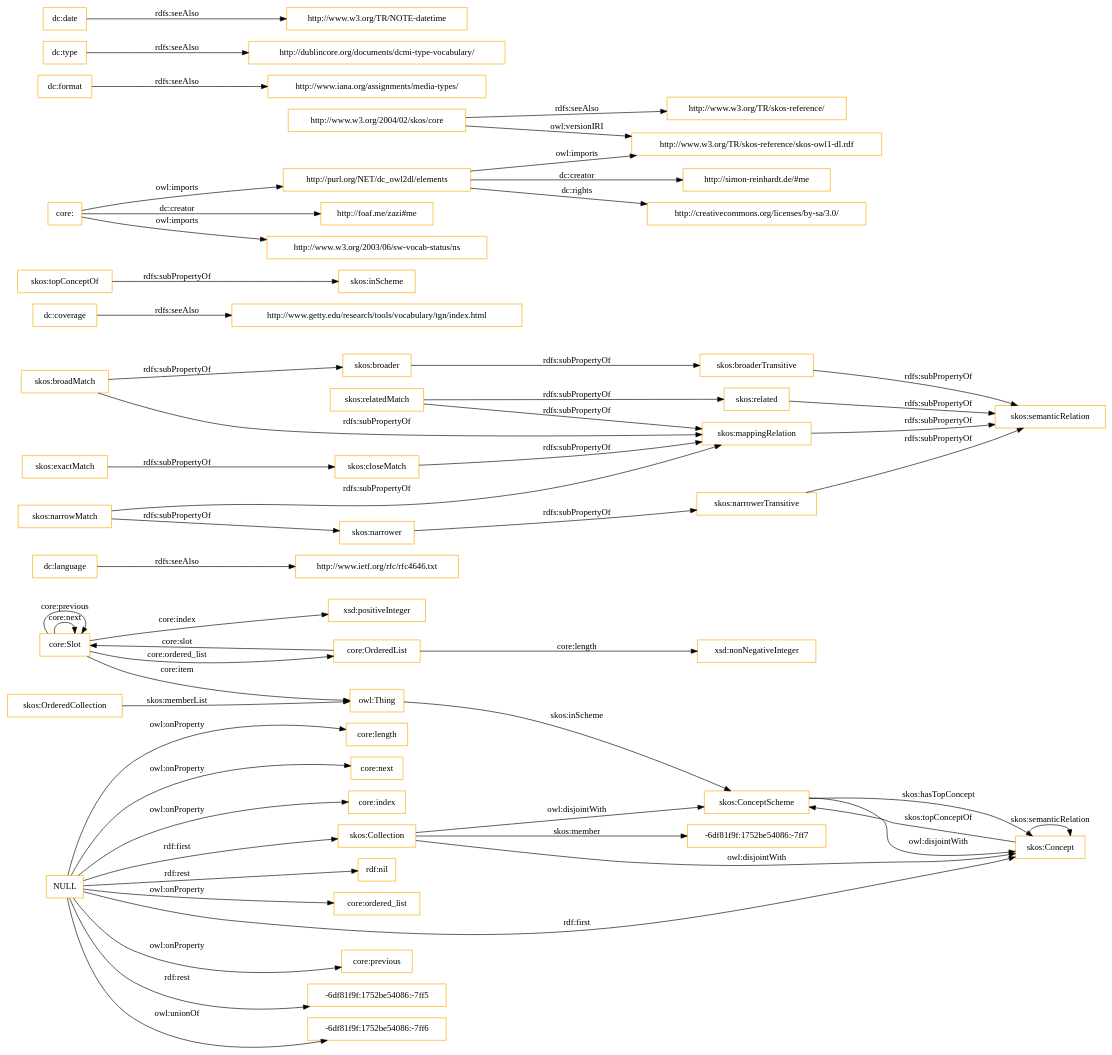
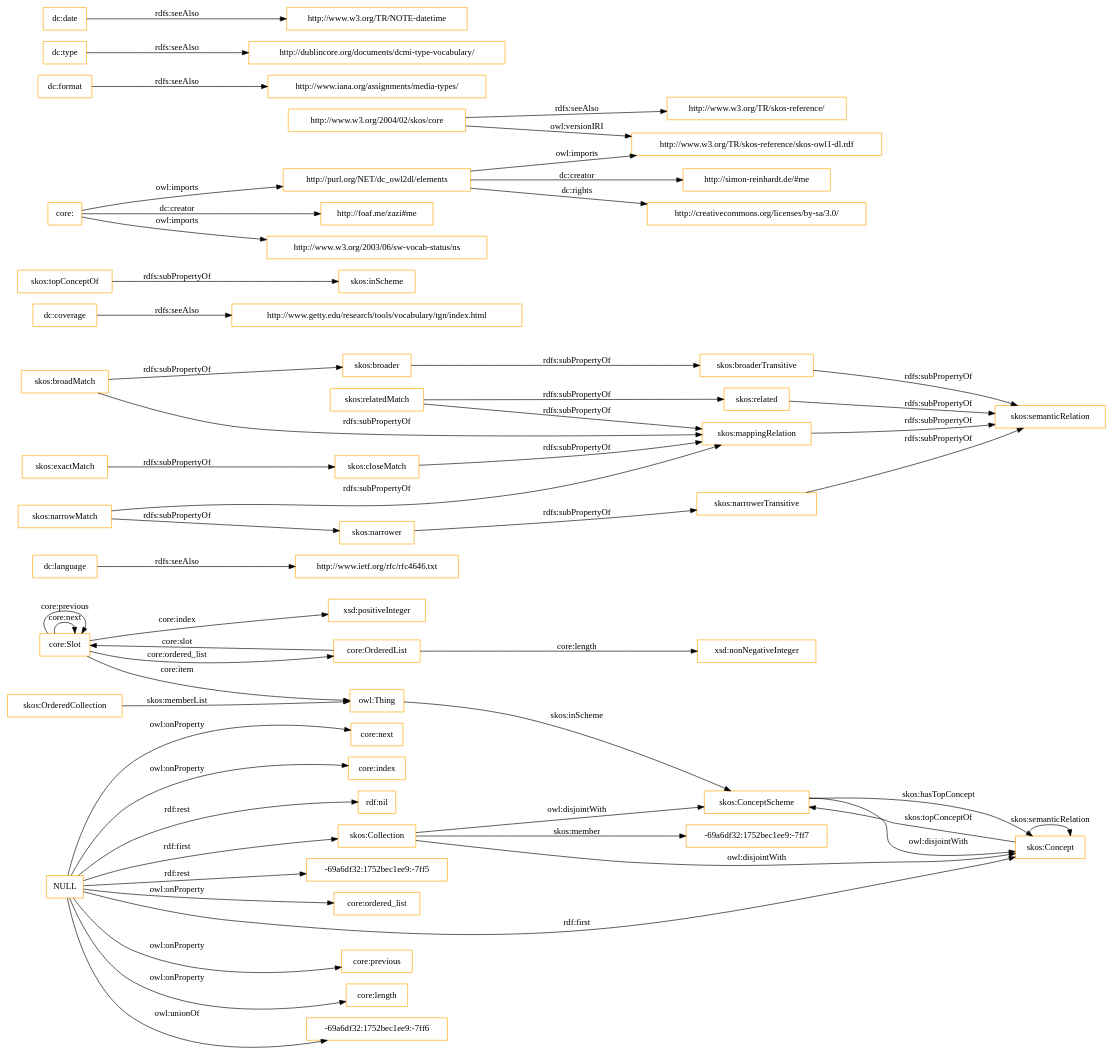
The diagram in OnToology/imports/core.owl/diagrams/ar2dtool-class/core.owl.png.dot (OnToologyUser/core-ontology-1), drawn with Graphviz before and after one commit. The commit also changed 14 other files, not shown here.

```diff
--- a/OnToology/imports/core.owl/diagrams/ar2dtool-class/core.owl.png.dot
+++ b/OnToology/imports/core.owl/diagrams/ar2dtool-class/core.owl.png.dot
@@ -1,60 +1,60 @@
 digraph ar2dtool_diagram { 
 rankdir=LR;
 size="1501"
-node [shape = rectangle, color="orange"]; "core:Slot" "core:OrderedList" "-6df81f9f:1752be54086:-7ff7" "skos:OrderedCollection" "skos:Collection" "skos:ConceptScheme" "skos:Concept" ; /*classes style*/
+node [shape = rectangle, color="orange"]; "core:Slot" "core:OrderedList" "-69a6df32:1752bec1ee9:-7ff7" "skos:OrderedCollection" "skos:Collection" "skos:ConceptScheme" "skos:Concept" ; /*classes style*/
 	"dc:language" -> "http://www.ietf.org/rfc/rfc4646.txt" [ label = "rdfs:seeAlso" ];
 	"NULL" -> "core:previous" [ label = "owl:onProperty" ];
-	"NULL" -> "-6df81f9f:1752be54086:-7ff5" [ label = "rdf:rest" ];
-	"NULL" -> "-6df81f9f:1752be54086:-7ff6" [ label = "owl:unionOf" ];
 	"NULL" -> "core:length" [ label = "owl:onProperty" ];
 	"NULL" -> "skos:Concept" [ label = "rdf:first" ];
+	"NULL" -> "-69a6df32:1752bec1ee9:-7ff6" [ label = "owl:unionOf" ];
 	"NULL" -> "core:next" [ label = "owl:onProperty" ];
 	"NULL" -> "core:index" [ label = "owl:onProperty" ];
 	"NULL" -> "rdf:nil" [ label = "rdf:rest" ];
+	"NULL" -> "-69a6df32:1752bec1ee9:-7ff5" [ label = "rdf:rest" ];
 	"NULL" -> "core:ordered_list" [ label = "owl:onProperty" ];
 	"NULL" -> "skos:Collection" [ label = "rdf:first" ];
 	"skos:closeMatch" -> "skos:mappingRelation" [ label = "rdfs:subPropertyOf" ];
 	"dc:coverage" -> "http://www.getty.edu/research/tools/vocabulary/tgn/index.html" [ label = "rdfs:seeAlso" ];
 	"skos:relatedMatch" -> "skos:related" [ label = "rdfs:subPropertyOf" ];
 	"skos:relatedMatch" -> "skos:mappingRelation" [ label = "rdfs:subPropertyOf" ];
 	"skos:ConceptScheme" -> "skos:Concept" [ label = "owl:disjointWith" ];
 	"skos:related" -> "skos:semanticRelation" [ label = "rdfs:subPropertyOf" ];
 	"skos:topConceptOf" -> "skos:inScheme" [ label = "rdfs:subPropertyOf" ];
 	"skos:broadMatch" -> "skos:broader" [ label = "rdfs:subPropertyOf" ];
 	"skos:broadMatch" -> "skos:mappingRelation" [ label = "rdfs:subPropertyOf" ];
 	"http://purl.org/NET/dc_owl2dl/elements" -> "http://www.w3.org/TR/skos-reference/skos-owl1-dl.rdf" [ label = "owl:imports" ];
 	"http://purl.org/NET/dc_owl2dl/elements" -> "http://creativecommons.org/licenses/by-sa/3.0/" [ label = "dc:rights" ];
 	"http://purl.org/NET/dc_owl2dl/elements" -> "http://simon-reinhardt.de/#me" [ label = "dc:creator" ];
 	"skos:exactMatch" -> "skos:closeMatch" [ label = "rdfs:subPropertyOf" ];
 	"dc:format" -> "http://www.iana.org/assignments/media-types/" [ label = "rdfs:seeAlso" ];
 	"core:" -> "http://foaf.me/zazi#me" [ label = "dc:creator" ];
 	"core:" -> "http://www.w3.org/2003/06/sw-vocab-status/ns" [ label = "owl:imports" ];
 	"core:" -> "http://purl.org/NET/dc_owl2dl/elements" [ label = "owl:imports" ];
 	"skos:broaderTransitive" -> "skos:semanticRelation" [ label = "rdfs:subPropertyOf" ];
 	"skos:mappingRelation" -> "skos:semanticRelation" [ label = "rdfs:subPropertyOf" ];
 	"skos:broader" -> "skos:broaderTransitive" [ label = "rdfs:subPropertyOf" ];
 	"dc:type" -> "http://dublincore.org/documents/dcmi-type-vocabulary/" [ label = "rdfs:seeAlso" ];
 	"http://www.w3.org/2004/02/skos/core" -> "http://www.w3.org/TR/skos-reference/skos-owl1-dl.rdf" [ label = "owl:versionIRI" ];
 	"http://www.w3.org/2004/02/skos/core" -> "http://www.w3.org/TR/skos-reference/" [ label = "rdfs:seeAlso" ];
 	"skos:Collection" -> "skos:ConceptScheme" [ label = "owl:disjointWith" ];
 	"skos:Collection" -> "skos:Concept" [ label = "owl:disjointWith" ];
 	"skos:narrowMatch" -> "skos:narrower" [ label = "rdfs:subPropertyOf" ];
 	"skos:narrowMatch" -> "skos:mappingRelation" [ label = "rdfs:subPropertyOf" ];
 	"skos:narrower" -> "skos:narrowerTransitive" [ label = "rdfs:subPropertyOf" ];
 	"dc:date" -> "http://www.w3.org/TR/NOTE-datetime" [ label = "rdfs:seeAlso" ];
 	"skos:narrowerTransitive" -> "skos:semanticRelation" [ label = "rdfs:subPropertyOf" ];
 	"core:Slot" -> "xsd:positiveInteger" [ label = "core:index" ];
 	"skos:Concept" -> "skos:ConceptScheme" [ label = "skos:topConceptOf" ];
 	"core:Slot" -> "owl:Thing" [ label = "core:item" ];
 	"core:OrderedList" -> "xsd:nonNegativeInteger" [ label = "core:length" ];
 	"core:OrderedList" -> "core:Slot" [ label = "core:slot" ];
-	"skos:Collection" -> "-6df81f9f:1752be54086:-7ff7" [ label = "skos:member" ];
+	"skos:Collection" -> "-69a6df32:1752bec1ee9:-7ff7" [ label = "skos:member" ];
 	"core:Slot" -> "core:Slot" [ label = "core:next" ];
 	"skos:ConceptScheme" -> "skos:Concept" [ label = "skos:hasTopConcept" ];
 	"owl:Thing" -> "skos:ConceptScheme" [ label = "skos:inScheme" ];
 	"core:Slot" -> "core:Slot" [ label = "core:previous" ];
 	"skos:OrderedCollection" -> "owl:Thing" [ label = "skos:memberList" ];
 	"skos:Concept" -> "skos:Concept" [ label = "skos:semanticRelation" ];
 	"core:Slot" -> "core:OrderedList" [ label = "core:ordered_list" ];
 
 }
```
